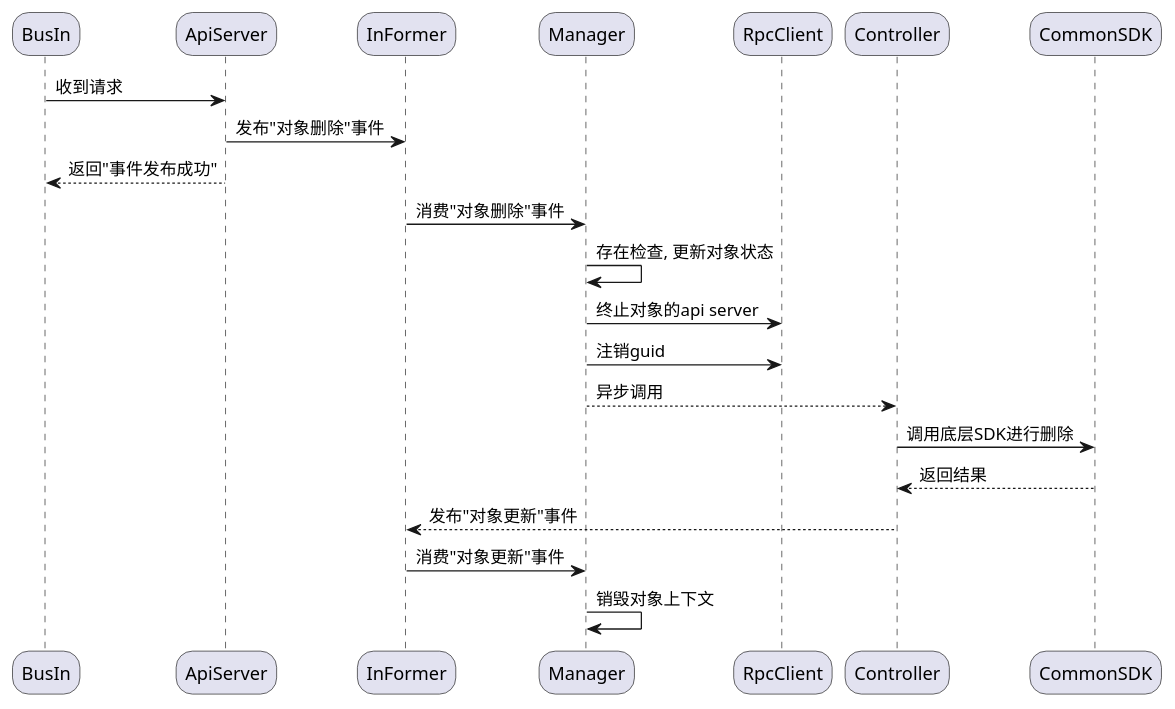
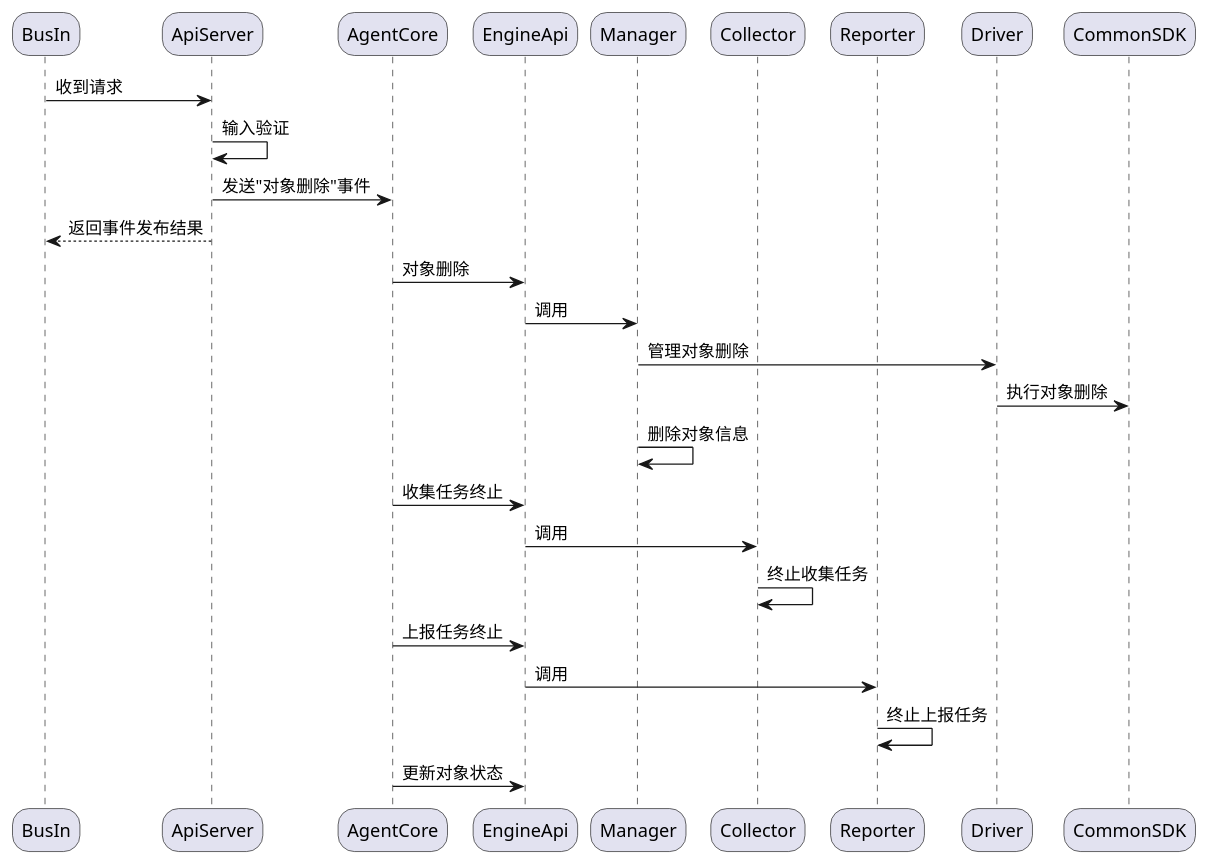
The fourth of 7 diagrams in WorkNote/Agent设计v2/执行代理V0.2-重构-草稿-2.md (Faione/note), drawn with PlantUML before and after one commit. The commit also changed other lines of this file and 2 other files, not shown here.

Commit message:
update agent v0.2

````diff
--- a/WorkNote/Agent设计v2/执行代理V0.2-重构-草稿-2.md
+++ b/WorkNote/Agent设计v2/执行代理V0.2-重构-草稿-2.md
@@ -169,29 +172,34 @@
 ```plantuml
 @startuml
 skinparam roundCorner 25
 skinparam responseMessageBelowArrow true
 
 participant BusIn as f1
 participant ApiServer as f2
-participant InFormer as f3
-participant Manager as f4
-participant RpcClient as f5
-participant Controller as f6
-participant CommonSDK as f7
+participant AgentCore as f3
+participant EngineApi as f4
+participant Manager as f5
+participant Collector as f6
+participant Reporter as f7
+participant Driver as f8
+participant CommonSDK as f9
 
 
 f1    ->     f2  :收到请求
-f2    ->     f3  :发布"对象删除"事件
-f2    -->    f1  :返回"事件发布成功"
-f3    ->     f4  :消费"对象删除"事件
-f4    ->     f4  :存在检查, 更新对象状态
-f4    ->     f5  :终止对象的api server
-f4    ->     f5  :注销guid
-f4    -->    f6  :异步调用
-f6    ->     f7  :调用底层SDK进行删除
-f7   -->     f6  :返回结果
-f6   -->     f3  :发布"对象更新"事件
-f3    ->     f4  :消费"对象更新"事件
-f4    ->     f4  :销毁对象上下文
+f2    ->     f2  :输入验证
+f2    ->     f3  :发送"对象删除"事件
+f2    -->    f1  :返回事件发布结果
+f3    ->     f4  :对象删除
+f4    ->     f5  :调用
+f5    ->     f8  :管理对象删除
+f8    ->     f9  :执行对象删除
+f5    ->     f5  :删除对象信息
+f3    ->     f4  :收集任务终止
+f4    ->     f6  :调用
+f6    ->     f6  :终止收集任务
+f3    ->     f4  :上报任务终止
+f4    ->     f7  :调用
+f7    ->     f7  :终止上报任务
+f3    ->     f4  :更新对象状态
 @enduml
 ```
````
